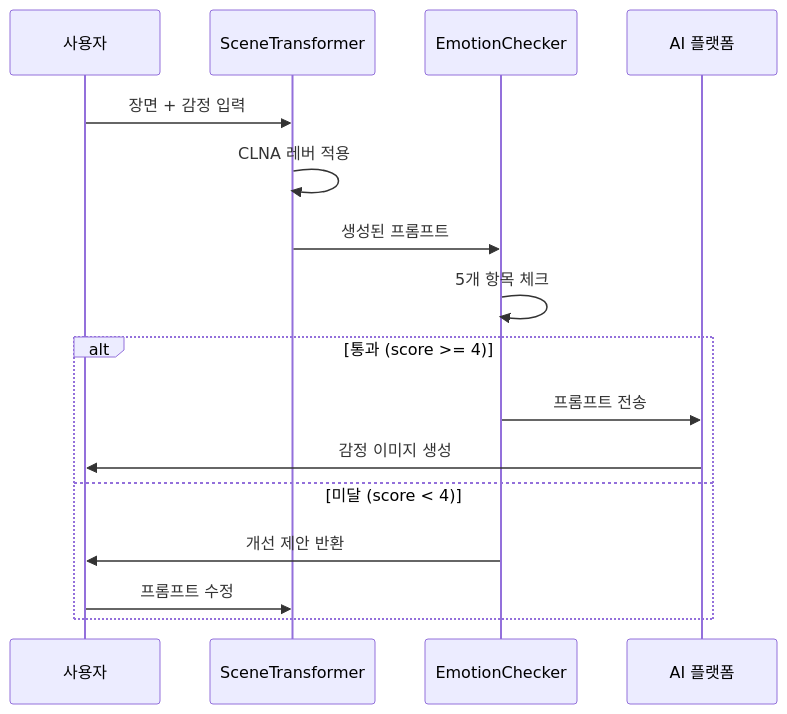
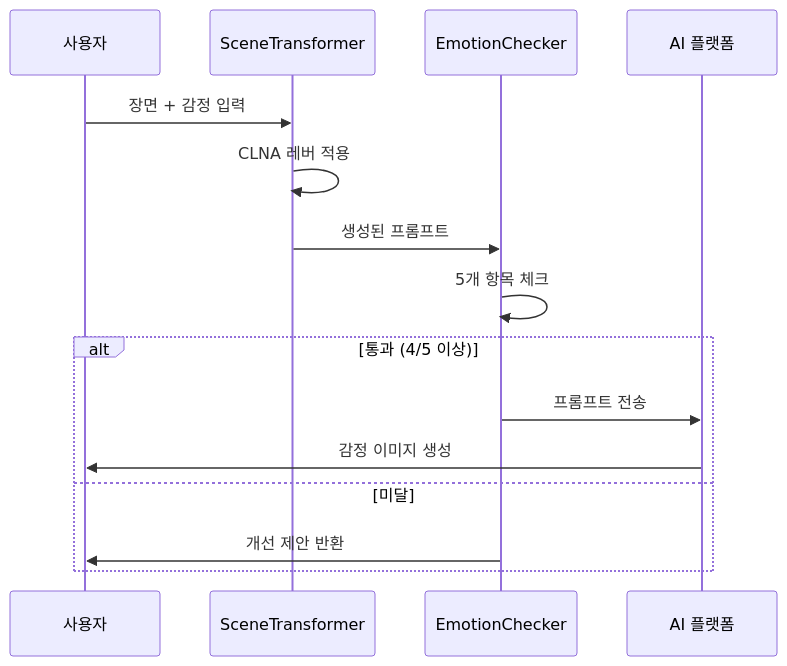
One commit to jsonpassion/forge-tutorial-promptcanvas changed the third of 3 diagrams in 11-ch11-시각적-스토리텔링과-감정-전달/05-05-감정-전달-실전-동일-장면-다른-감정.md. Above: the diagram before and after it, drawn with Mermaid. The commit also changed other lines of this file and 63 other files, not shown here.

````diff
--- a/11-ch11-시각적-스토리텔링과-감정-전달/05-05-감정-전달-실전-동일-장면-다른-감정.md
+++ b/11-ch11-시각적-스토리텔링과-감정-전달/05-05-감정-전달-실전-동일-장면-다른-감정.md
@@ -285,20 +230,19 @@
 ```mermaid
 sequenceDiagram
     participant U as 사용자
     participant EST as SceneTransformer
     participant CHK as EmotionChecker
     participant AI as AI 플랫폼
 
     U->>EST: 장면 + 감정 입력
     EST->>EST: CLNA 레버 적용
     EST->>CHK: 생성된 프롬프트
     CHK->>CHK: 5개 항목 체크
-    
-    alt 통과 (score >= 4)
+
+    alt 통과 (4/5 이상)
         CHK->>AI: 프롬프트 전송
         AI->>U: 감정 이미지 생성
-    else 미달 (score < 4)
+    else 미달
         CHK->>U: 개선 제안 반환
-        U->>EST: 프롬프트 수정
     end
 ```
````
